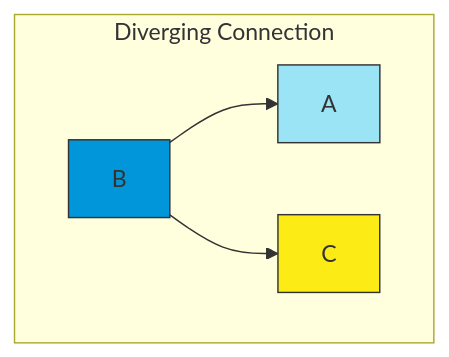
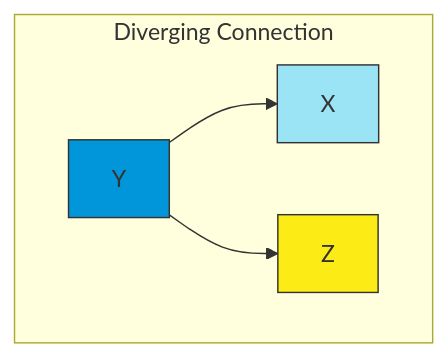
The fourth of 14 diagrams in C_4.md (Chaklader/part-of-speech-tagging), drawn with Mermaid before and after one commit. The commit also changed other lines of this file, not shown here.

````diff
--- a/C_4.md
+++ b/C_4.md
@@ -521,11 +521,11 @@
         ```mermaid
         graph TD
             subgraph "Diverging Connection"
-            B2[B] --> A2[A]
-            B2 --> C2[C]
+            B2[Y] --> A2[X]
+            B2 --> C2[Z]
             end
 
             style A2 fill:#9AE4F5,stroke:#333,stroke-width:1px
             style B2 fill:#0096D9,stroke:#333,stroke-width:1px
             style C2 fill:#FCEB14,stroke:#333,stroke-width:1px
         ```
````
